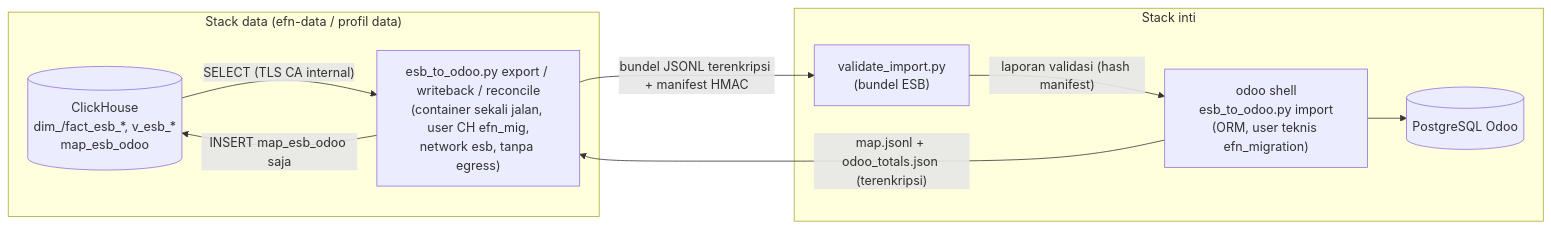
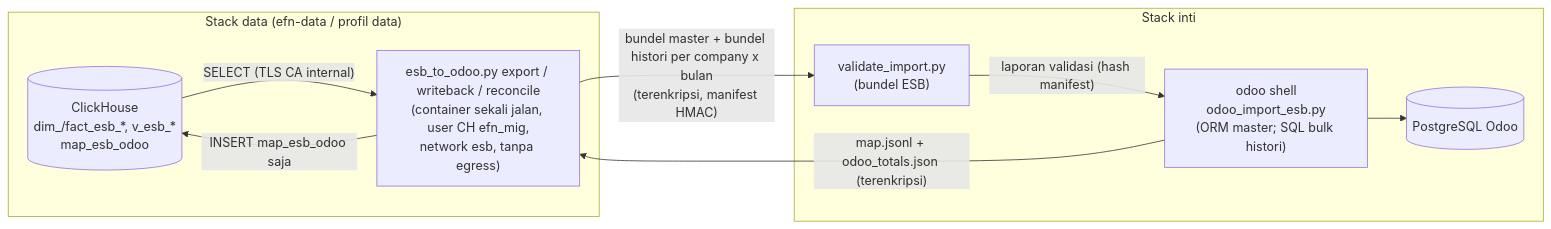
Before and after one commit to BIma-Creative-Tech/efn-platform: the first of 2 diagrams in docs/decisions/ADR-042-migrasi-esb-odoo-dan-histori.md, drawn with Mermaid. The commit also changed other lines of this file and 100 other files, not shown here.

First line of the commit message:
G43 phase 2: ESB->Odoo migration engine, efn_legacy_history, importer, infra

````diff
--- a/docs/decisions/ADR-042-migrasi-esb-odoo-dan-histori.md
+++ b/docs/decisions/ADR-042-migrasi-esb-odoo-dan-histori.md
@@ -140,18 +180,18 @@
 ```mermaid
 flowchart LR
   subgraph DATA["Stack data (efn-data / profil data)"]
     CH[("ClickHouse<br/>dim_/fact_esb_*, v_esb_*<br/>map_esb_odoo")]
     EX["esb_to_odoo.py export / writeback / reconcile<br/>(container sekali jalan, user CH efn_mig,<br/>network esb, tanpa egress)"]
   end
   subgraph CORE["Stack inti"]
     VAL["validate_import.py<br/>(bundel ESB)"]
-    OS["odoo shell<br/>esb_to_odoo.py import<br/>(ORM, user teknis efn_migration)"]
+    OS["odoo shell<br/>odoo_import_esb.py<br/>(ORM master; SQL bulk histori)"]
     PG[("PostgreSQL Odoo")]
   end
   CH -- "SELECT (TLS CA internal)" --> EX
-  EX -- "bundel JSONL terenkripsi + manifest HMAC" --> VAL
+  EX -- "bundel master + bundel histori per company x bulan<br/>(terenkripsi, manifest HMAC)" --> VAL
   VAL -- "laporan validasi (hash manifest)" --> OS
   OS --> PG
   OS -- "map.jsonl + odoo_totals.json (terenkripsi)" --> EX
   EX -- "INSERT map_esb_odoo saja" --> CH
 ```
````
